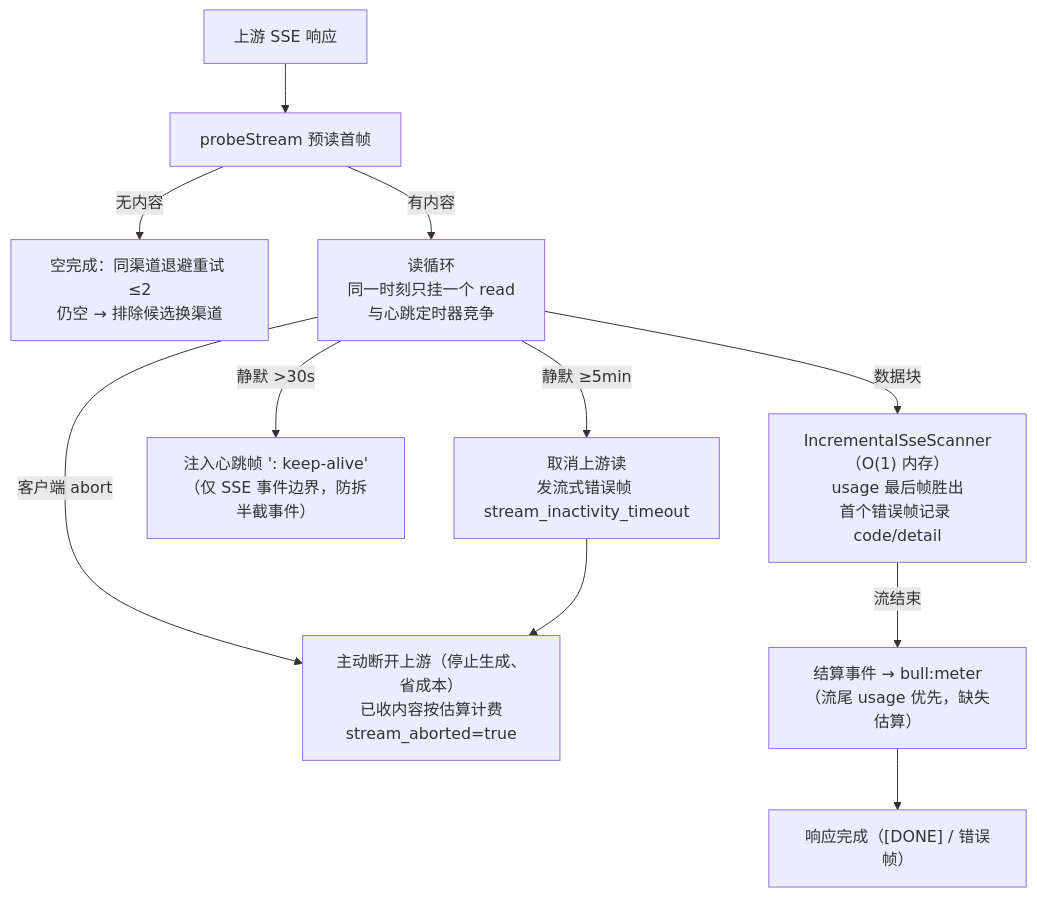
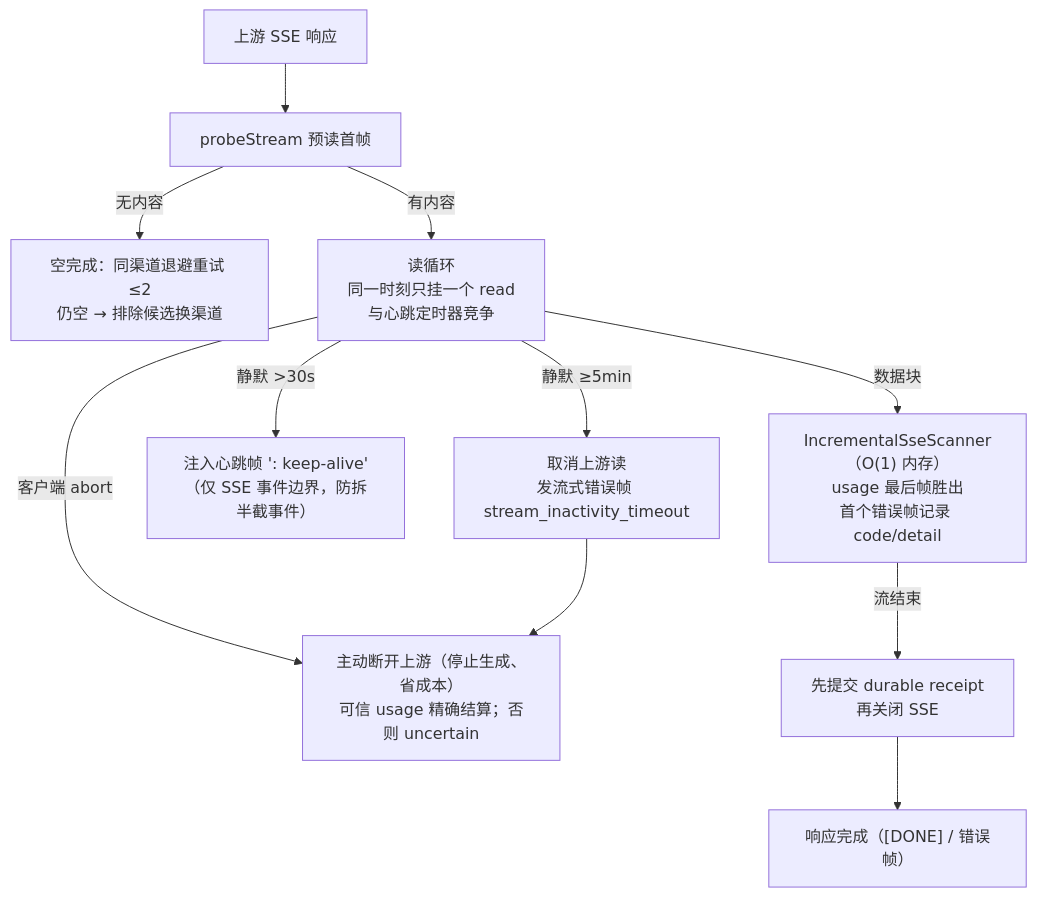
One commit to renxqoo/Tillgate changed the seventh of 8 diagrams in docs/architecture.md. Above: the diagram before and after it, drawn with Mermaid. The commit also changed other lines of this file and 401 other files, not shown here.

Commit message:
refactor: harden gateway billing architecture

````diff
--- a/docs/architecture.md
+++ b/docs/architecture.md
@@ -247,16 +251,16 @@
 ```mermaid
 flowchart TD
     UP["上游 SSE 响应"] --> PROBE["probeStream 预读首帧"]
 
     PROBE -->|"无内容"| EMPTY["空完成：同渠道退避重试 ≤2<br/>仍空 → 排除候选换渠道"]
     PROBE -->|"有内容"| LOOP["读循环<br/>同一时刻只挂一个 read<br/>与心跳定时器竞争"]
 
     LOOP -->|"数据块"| SCAN["IncrementalSseScanner（O(1) 内存）<br/>usage 最后帧胜出<br/>首个错误帧记录 code/detail"]
     LOOP -->|"静默 >30s"| HB["注入心跳帧 ': keep-alive'<br/>（仅 SSE 事件边界，防拆半截事件）"]
     LOOP -->|"静默 ≥5min"| TO["取消上游读<br/>发流式错误帧 stream_inactivity_timeout"]
-    LOOP -->|"客户端 abort"| ABORT["主动断开上游（停止生成、省成本）<br/>已收内容按估算计费<br/>stream_aborted=true"]
+    LOOP -->|"客户端 abort"| ABORT["主动断开上游（停止生成、省成本）<br/>可信 usage 精确结算；否则 uncertain"]
 
-    SCAN -->|"流结束"| SETTLE["结算事件 → bull:meter<br/>（流尾 usage 优先，缺失估算）"]
+    SCAN -->|"流结束"| SETTLE["先提交 durable receipt<br/>再关闭 SSE"]
     TO --> ABORT
     SETTLE --> DONE["响应完成（[DONE] / 错误帧）"]
 ```
````
